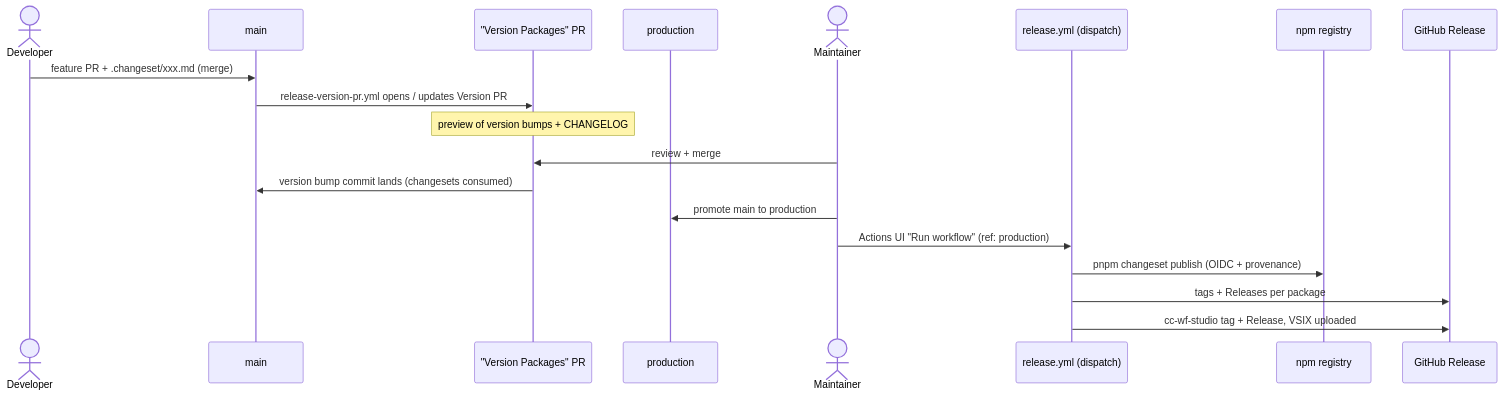
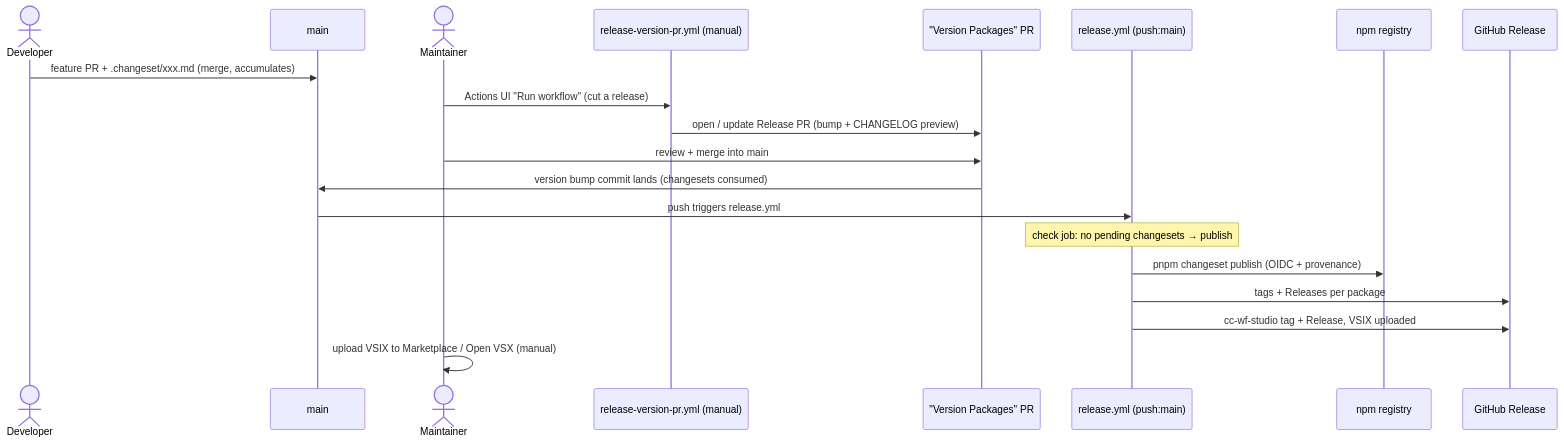
The first of 2 diagrams in docs/release-flow.md (abcdlsj/cc-wf-studio), drawn with Mermaid before and after one commit. The commit also changed other lines of this file and 7 other files, not shown here.

Commit message:
ci: switch release to manual Release PR + auto publish on main (#795)

````diff
--- a/docs/release-flow.md
+++ b/docs/release-flow.md
@@ -41,22 +51,23 @@
 ```mermaid
 sequenceDiagram
     actor Dev as Developer
     participant Main as main
-    participant VPR as "Version Packages" PR
-    participant Prod as production
     actor Maint as Maintainer
-    participant CI as release.yml (dispatch)
+    participant CRP as release-version-pr.yml (manual)
+    participant RPR as "Version Packages" PR
+    participant CI as release.yml (push:main)
     participant NPM as npm registry
     participant GH as GitHub Release
 
-    Dev->>Main: feature PR + .changeset/xxx.md (merge)
-    Main->>VPR: release-version-pr.yml opens / updates Version PR
-    Note over VPR: preview of version bumps + CHANGELOG
-    Maint->>VPR: review + merge
-    VPR->>Main: version bump commit lands (changesets consumed)
-    Maint->>Prod: promote main to production
-    Maint->>CI: Actions UI "Run workflow" (ref: production)
+    Dev->>Main: feature PR + .changeset/xxx.md (merge, accumulates)
+    Maint->>CRP: Actions UI "Run workflow" (cut a release)
+    CRP->>RPR: open / update Release PR (bump + CHANGELOG preview)
+    Maint->>RPR: review + merge into main
+    RPR->>Main: version bump commit lands (changesets consumed)
+    Main->>CI: push triggers release.yml
+    Note over CI: check job: no pending changesets → publish
     CI->>NPM: pnpm changeset publish (OIDC + provenance)
     CI->>GH: tags + Releases per package
     CI->>GH: cc-wf-studio tag + Release, VSIX uploaded
+    Maint->>Maint: upload VSIX to Marketplace / Open VSX (manual)
 ```
````
